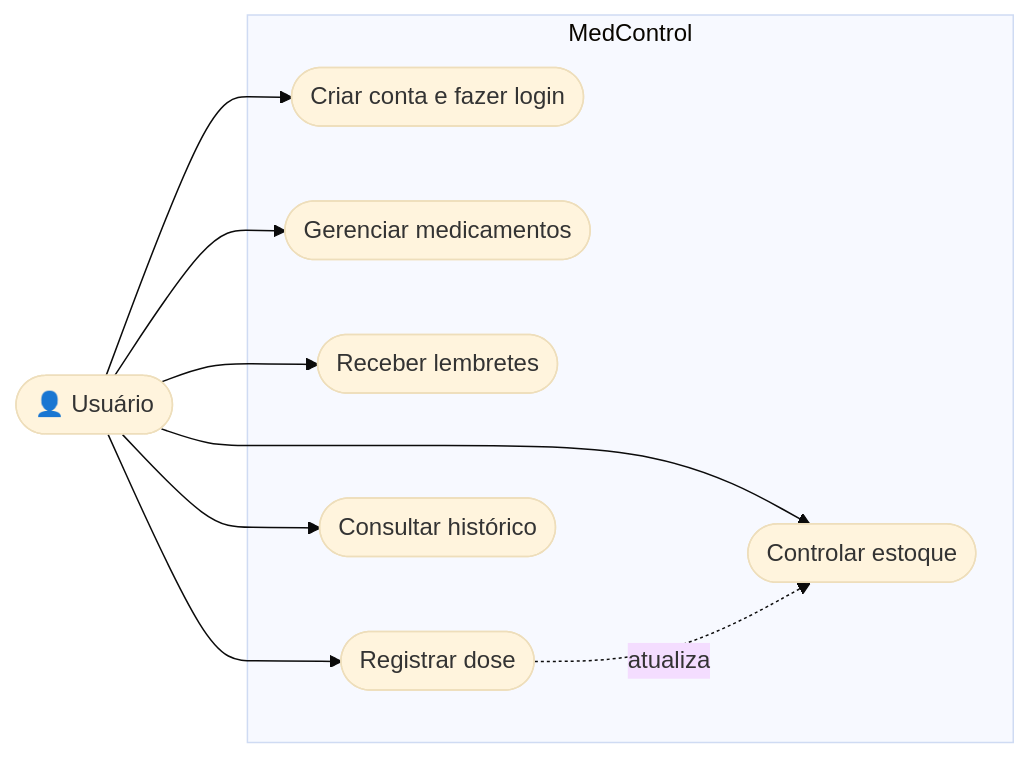
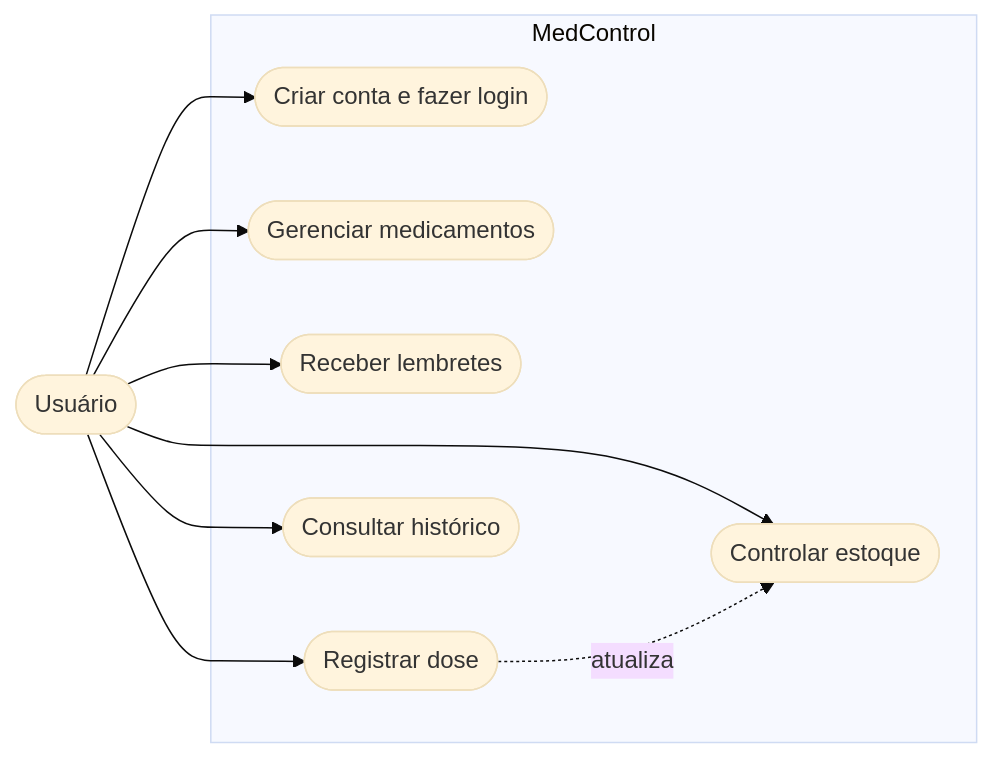
The second of 9 diagrams in docs/diagramas.md (amandaadb/Projeto-Saude-em-dia-), drawn with Mermaid (base theme) before and after one commit. The commit also changed other lines of this file, not shown here.

````diff
--- a/docs/diagramas.md
+++ b/docs/diagramas.md
@@ -16,21 +16,21 @@
 ```mermaid
 flowchart LR
-    U(["👤 Usuário"])
+    U(["Usuário"])
 
     subgraph MedControl
         UC1(["Criar conta e fazer login"])
         UC2(["Gerenciar medicamentos"])
         UC3(["Receber lembretes"])
         UC4(["Registrar dose"])
         UC5(["Consultar histórico"])
         UC6(["Controlar estoque"])
     end
 
     U --> UC1
     U --> UC2
     U --> UC3
     U --> UC4
     U --> UC5
     U --> UC6
     UC4 -.->|"atualiza"| UC6
 ```
````
